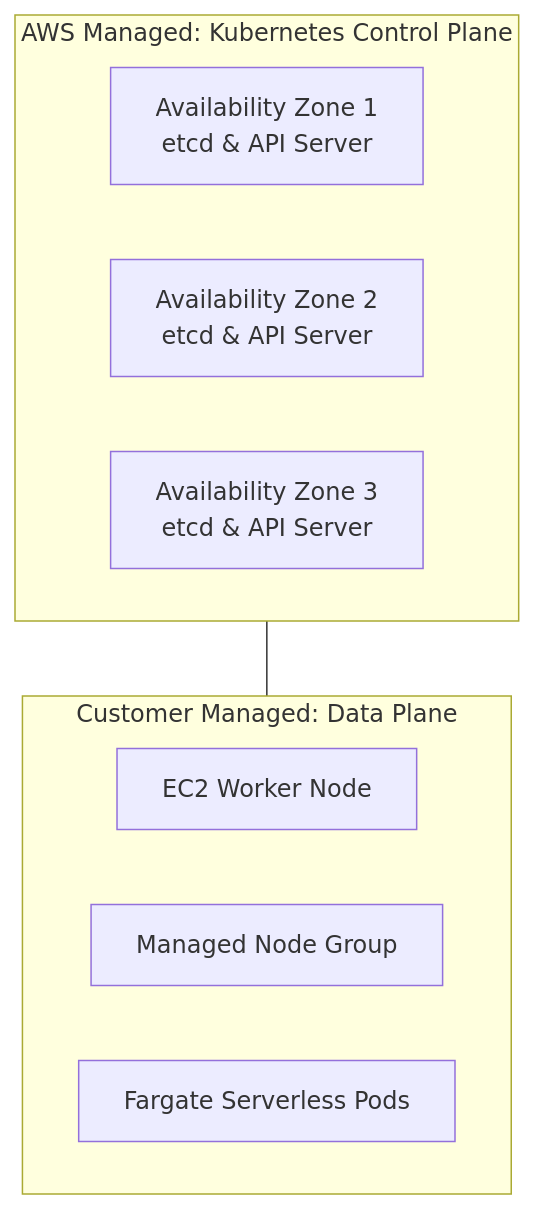
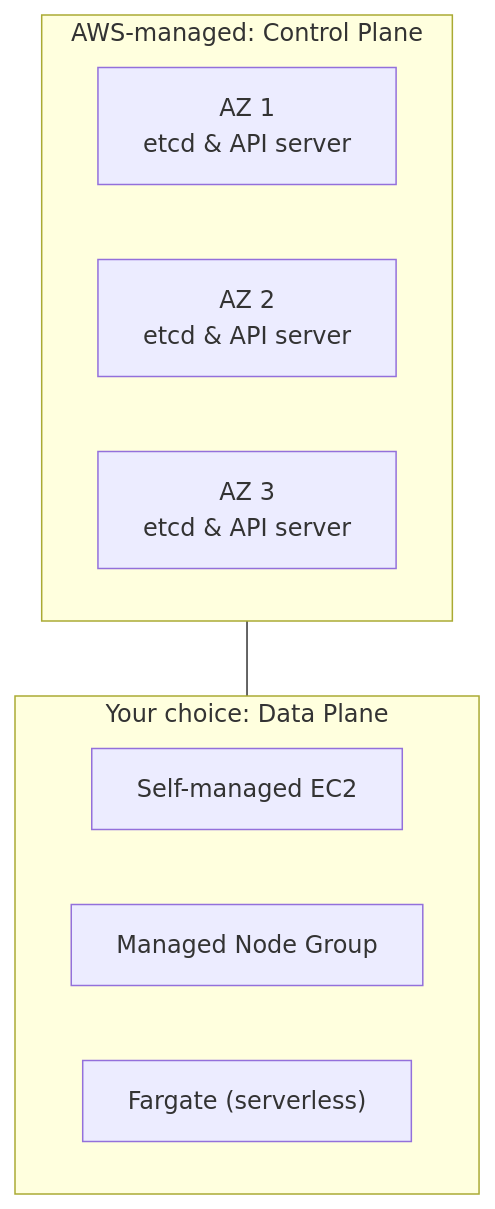
Before and after one commit to nirajp82/KubernetesWithAmazon_EKS_Fargate_DevOps: the diagram in sections/02_EKS_Basics/01_EKS_Overview.md, drawn with Mermaid. The commit also changed other lines of this file and 11 other files, not shown here.

````diff
--- a/sections/02_EKS_Basics/01_EKS_Overview.md
+++ b/sections/02_EKS_Basics/01_EKS_Overview.md
@@ -61,19 +23,18 @@
 ```mermaid
 flowchart TD
-    subgraph AWS_Managed ["AWS Managed: Kubernetes Control Plane"]
+    subgraph AWS_Managed ["AWS-managed: Control Plane"]
         direction LR
-        AZ1["Availability Zone 1<br/>etcd & API Server"]
-        AZ2["Availability Zone 2<br/>etcd & API Server"]
-        AZ3["Availability Zone 3<br/>etcd & API Server"]
+        AZ1["AZ 1<br/>etcd & API server"]
+        AZ2["AZ 2<br/>etcd & API server"]
+        AZ3["AZ 3<br/>etcd & API server"]
     end
 
-    subgraph Customer_Managed ["Customer Managed: Data Plane"]
+    subgraph Customer_Managed ["Your choice: Data Plane"]
         direction LR
-        N1["EC2 Worker Node"]
+        N1["Self-managed EC2"]
         N2["Managed Node Group"]
-        F1["Fargate Serverless Pods"]
+        F1["Fargate (serverless)"]
     end
 
     AWS_Managed --- Customer_Managed
-
 ```
````
